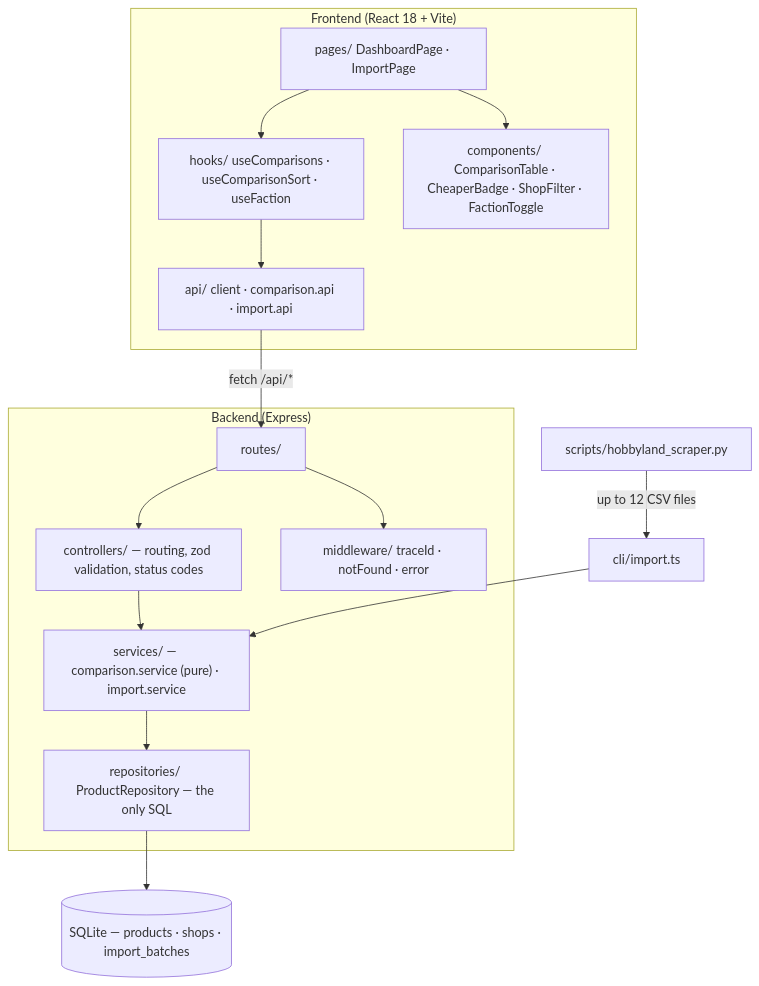
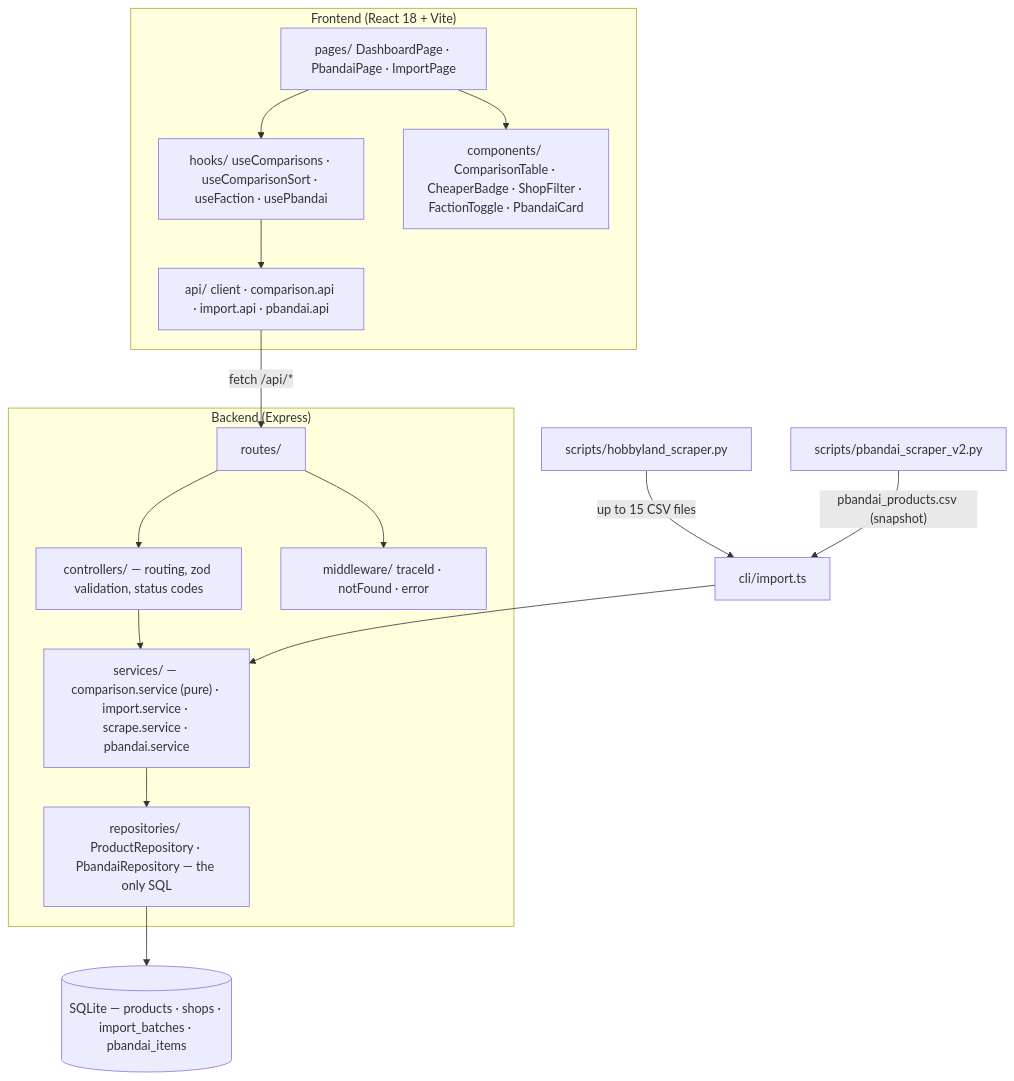
The first of 3 diagrams in README.md (jakwong1981/hobbyland), drawn with Mermaid before and after one commit. The commit also changed other lines of this file and 31 other files, not shown here.

First line of the commit message:
Add the P-Bandai HK showcase page with a model-kits category scrape

````diff
--- a/README.md
+++ b/README.md
@@ -123,30 +125,32 @@
 ```mermaid
 flowchart TD
     subgraph FE["Frontend (React 18 + Vite)"]
-        P["pages/ DashboardPage · ImportPage"]
-        H["hooks/ useComparisons · useComparisonSort · useFaction"]
-        C["components/ ComparisonTable · CheaperBadge · ShopFilter · FactionToggle"]
-        A["api/ client · comparison.api · import.api"]
+        P["pages/ DashboardPage · PbandaiPage · ImportPage"]
+        H["hooks/ useComparisons · useComparisonSort · useFaction · usePbandai"]
+        C["components/ ComparisonTable · CheaperBadge · ShopFilter · FactionToggle · PbandaiCard"]
+        A["api/ client · comparison.api · import.api · pbandai.api"]
         P --> H --> A
         P --> C
     end
 
     subgraph BE["Backend (Express)"]
         R["routes/"]
         CTRL["controllers/ — routing, zod validation, status codes"]
-        SVC["services/ — comparison.service (pure) · import.service"]
-        REPO["repositories/ ProductRepository — the only SQL"]
+        SVC["services/ — comparison.service (pure) · import.service · scrape.service · pbandai.service"]
+        REPO["repositories/ ProductRepository · PbandaiRepository — the only SQL"]
         MW["middleware/ traceId · notFound · error"]
         R --> CTRL --> SVC --> REPO
         R --> MW
     end
 
-    DB[("SQLite — products · shops · import_batches")]
+    DB[("SQLite — products · shops · import_batches · pbandai_items")]
     CLI["cli/import.ts"]
     SCRAPE["scripts/hobbyland_scraper.py"]
+    PBSC["scripts/pbandai_scraper_v2.py"]
 
     A -->|"fetch /api/*"| R
     REPO --> DB
     CLI --> SVC
-    SCRAPE -->|"up to 12 CSV files"| CLI
+    SCRAPE -->|"up to 15 CSV files"| CLI
+    PBSC -->|"pbandai_products.csv (snapshot)"| CLI
 ```
````
